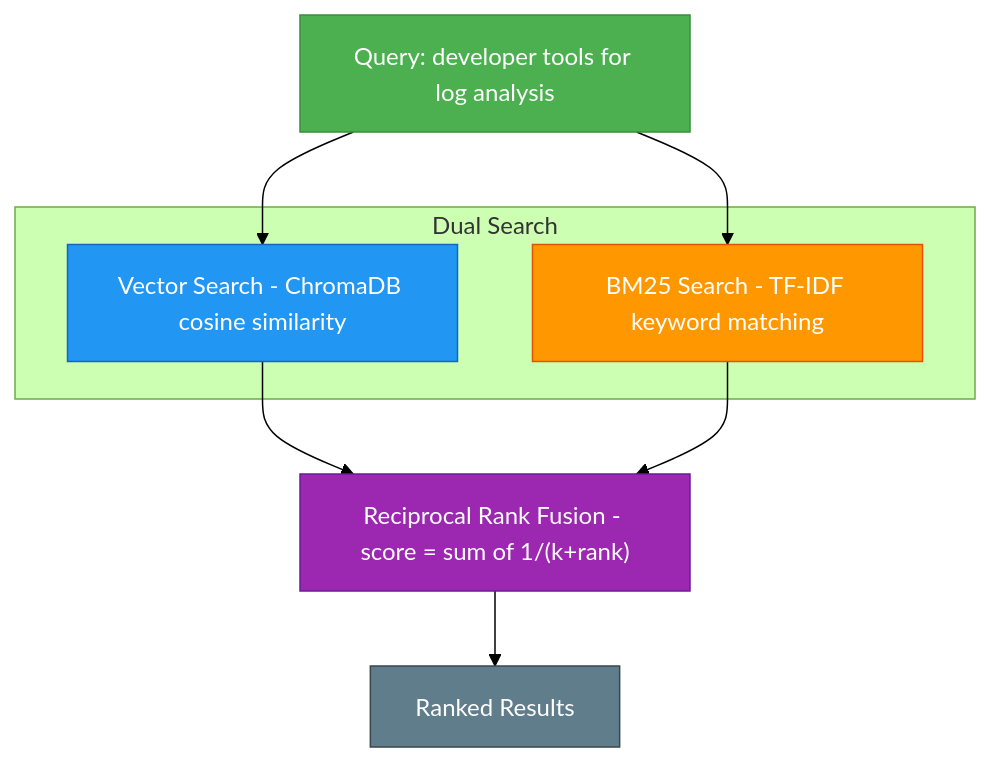
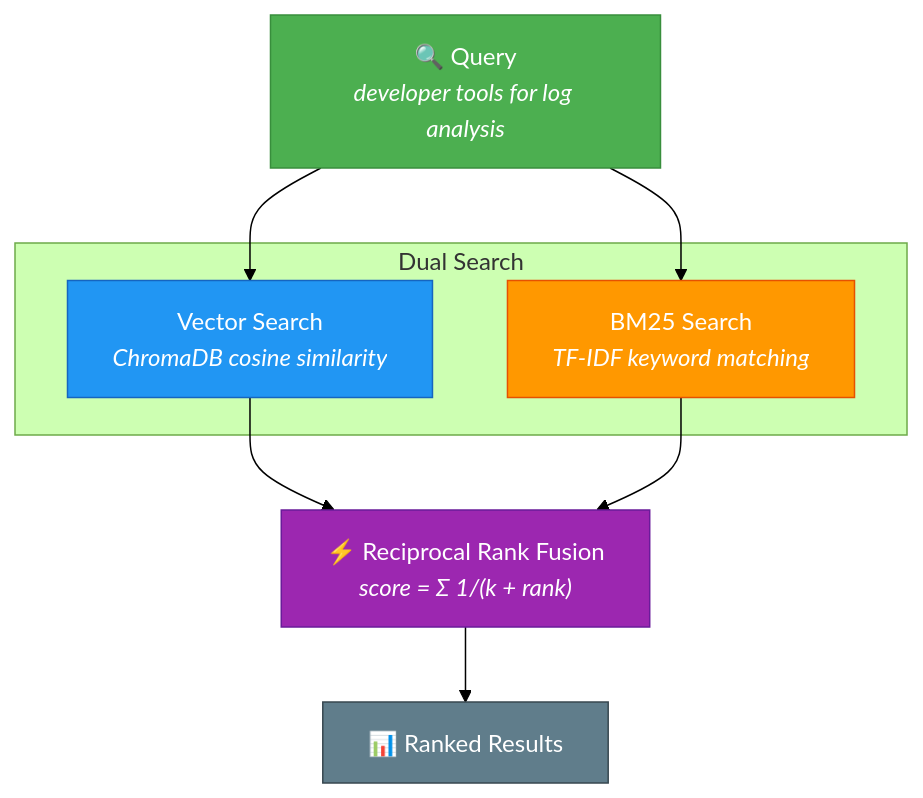
One commit to soumyachk101/IdeaForge changed the sixth of 7 diagrams in README.md. Above: the diagram before and after it, drawn with Mermaid (forest theme). The commit also changed other lines of this file, not shown here.

````diff
--- a/README.md
+++ b/README.md
@@ -513,25 +339,22 @@
 ```mermaid
 flowchart TB
-    Q["Query: developer tools for log analysis"]
+    Q["🔍 Query<br/><i>developer tools for log analysis</i>"]
 
     subgraph SEARCH["Dual Search"]
-        VS["Vector Search - ChromaDB cosine similarity"]
-        BM["BM25 Search - TF-IDF keyword matching"]
+        VS["Vector Search<br/><i>ChromaDB cosine similarity</i>"]
+        BM["BM25 Search<br/><i>TF-IDF keyword matching</i>"]
     end
 
-    FUSION["Reciprocal Rank Fusion - score = sum of 1/(k+rank)"]
+    FUSION["⚡ Reciprocal Rank Fusion<br/><i>score = Σ 1/(k + rank)</i>"]
 
-    RANK["Ranked Results"]
+    RANK["📊 Ranked Results"]
 
-    Q --> VS
-    Q --> BM
-    VS --> FUSION
-    BM --> FUSION
-    FUSION --> RANK
+    Q --> VS & BM
+    VS & BM --> FUSION --> RANK
 
     style Q fill:#4CAF50,stroke:#388E3C,color:#fff
     style VS fill:#2196F3,stroke:#1565C0,color:#fff
     style BM fill:#FF9800,stroke:#E65100,color:#fff
     style FUSION fill:#9C27B0,stroke:#6A1B9A,color:#fff
     style RANK fill:#607D8B,stroke:#37474F,color:#fff
 ```
````
